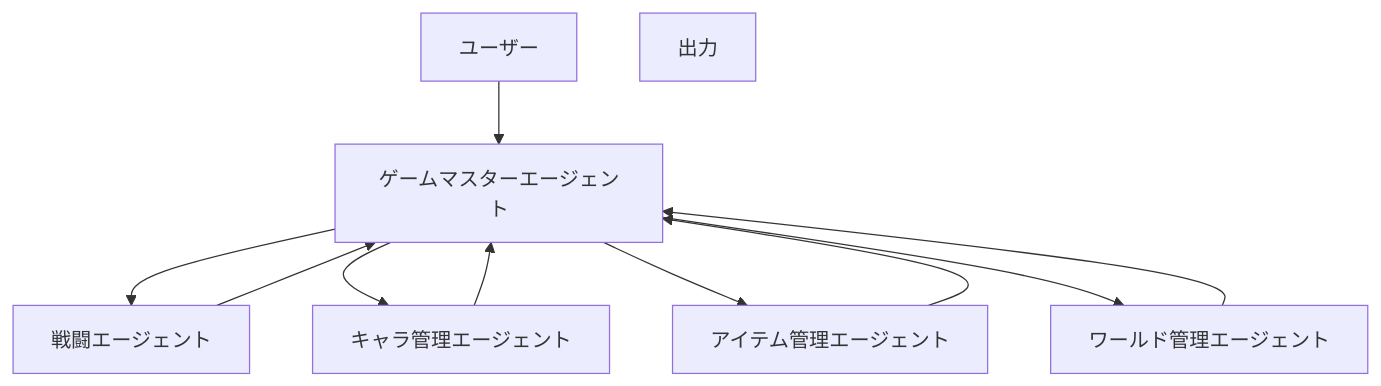
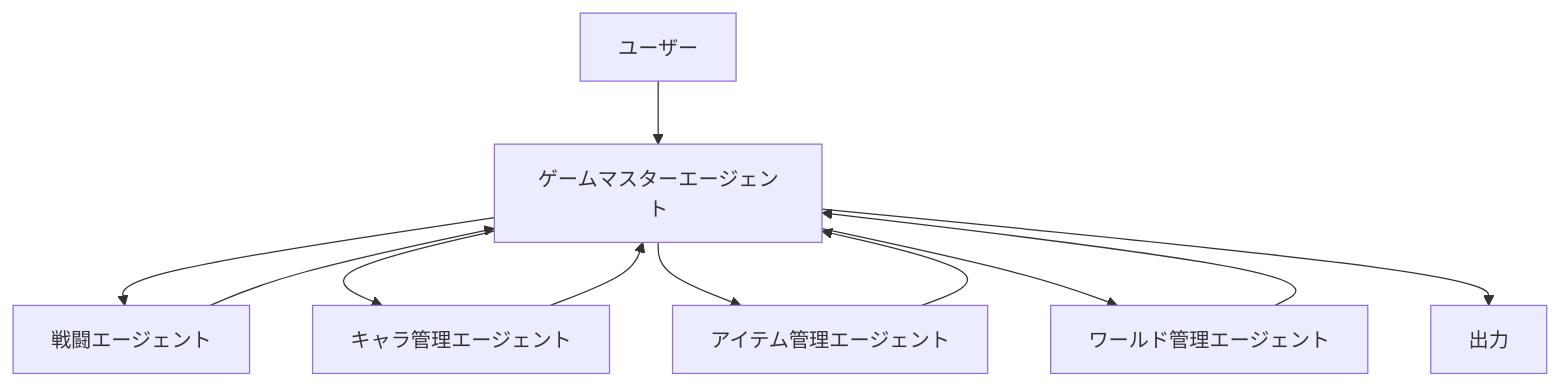
One commit to caprice1026-disc/TRPG_0817 changed the diagram in README.md. Above: the diagram before and after it, drawn with Mermaid. The commit also changed other lines of this file, not shown here.

Commit message:
README.md の更新

````diff
--- a/README.md
+++ b/README.md
@@ -13,22 +13,24 @@
 ```mermaid
 flowchart TD
 
     U[ユーザー]
     GM[ゲームマスターエージェント]
     B[戦闘エージェント]
     C[キャラ管理エージェント]
     I[アイテム管理エージェント]
     W[ワールド管理エージェント]
     O[出力]
 
     U --> GM
     GM --> B
     GM --> C
     GM --> I
     GM --> W
 
     B --> GM
     C --> GM
     I --> GM
     W --> GM
+
+    GM --> O
 ```
````
